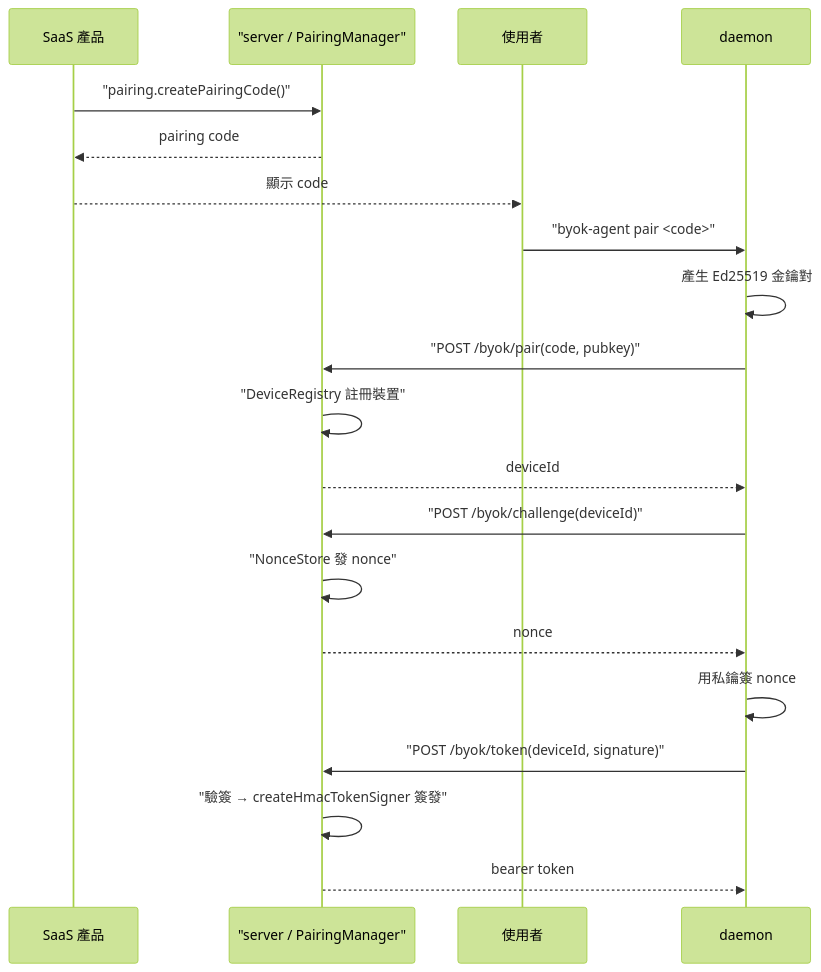
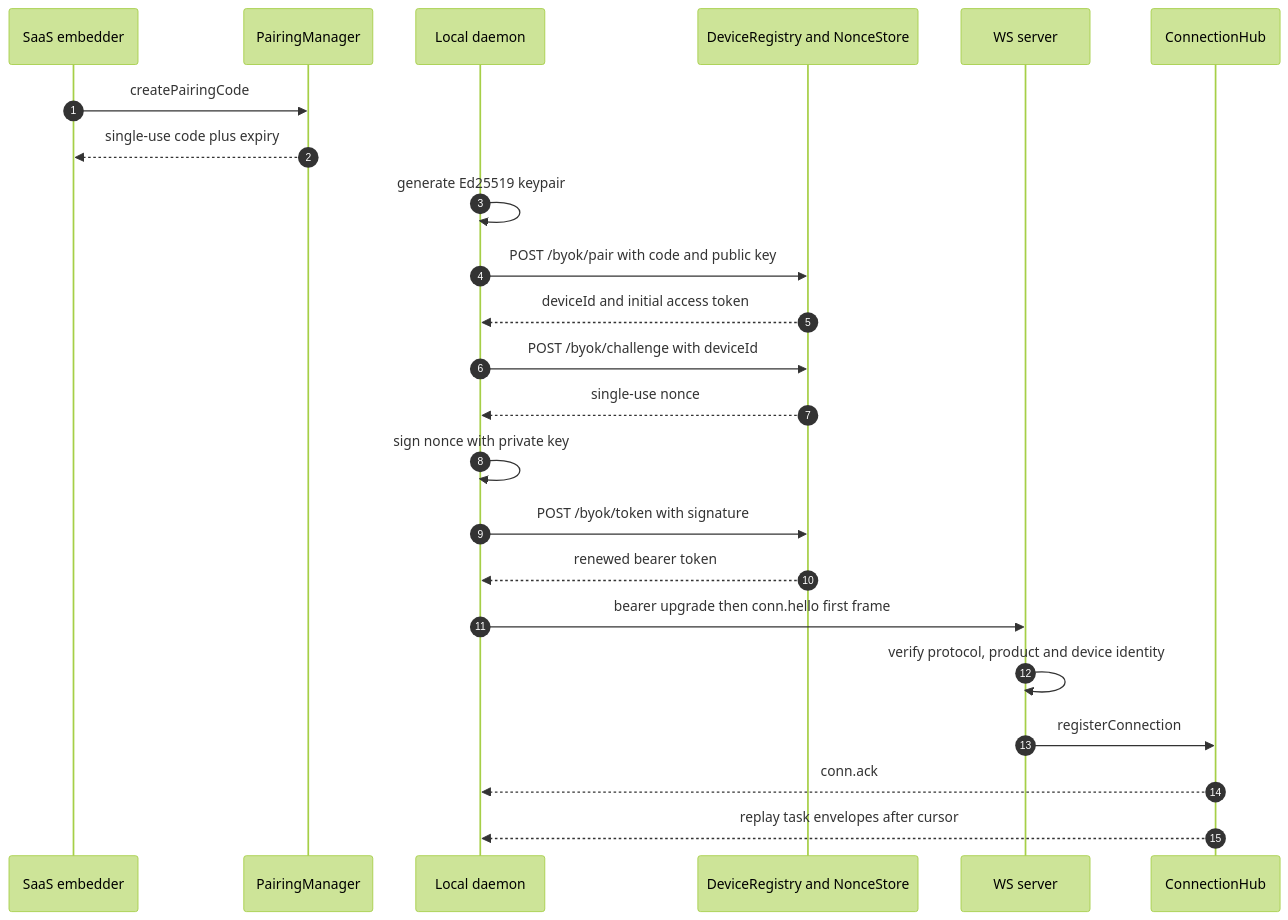
Diagram 11 of 19 in docs/architecture/sdk-architecture.md (Ancienttwo/byok-sdk), drawn with Mermaid (forest theme) before and after one commit. The commit also changed other lines of this file and 5 other files, not shown here.

````diff
--- a/docs/architecture/sdk-architecture.md
+++ b/docs/architecture/sdk-architecture.md
@@ -517,23 +629,26 @@
 ```mermaid
 sequenceDiagram
-  participant APP as SaaS 產品
-  participant HUB as "server / PairingManager"
-  participant USER as 使用者
-  participant D as daemon
+  autonumber
+  participant App as SaaS embedder
+  participant Pair as PairingManager
+  participant D as Local daemon
+  participant Auth as DeviceRegistry and NonceStore
+  participant WS as WS server
+  participant Hub as ConnectionHub
 
-  APP->>HUB: "pairing.createPairingCode()"
-  HUB-->>APP: pairing code
-  APP-->>USER: 顯示 code
-  USER->>D: "byok-agent pair <code>"
-  D->>D: 產生 Ed25519 金鑰對
-  D->>HUB: "POST /byok/pair(code, pubkey)"
-  HUB->>HUB: "DeviceRegistry 註冊裝置"
-  HUB-->>D: deviceId
-  D->>HUB: "POST /byok/challenge(deviceId)"
-  HUB->>HUB: "NonceStore 發 nonce"
-  HUB-->>D: nonce
-  D->>D: 用私鑰簽 nonce
-  D->>HUB: "POST /byok/token(deviceId, signature)"
-  HUB->>HUB: "驗簽 → createHmacTokenSigner 簽發"
-  HUB-->>D: bearer token
+  App->>Pair: createPairingCode
+  Pair-->>App: single-use code plus expiry
+  D->>D: generate Ed25519 keypair
+  D->>Auth: POST /byok/pair with code and public key
+  Auth-->>D: deviceId and initial access token
+  D->>Auth: POST /byok/challenge with deviceId
+  Auth-->>D: single-use nonce
+  D->>D: sign nonce with private key
+  D->>Auth: POST /byok/token with signature
+  Auth-->>D: renewed bearer token
+  D->>WS: bearer upgrade then conn.hello first frame
+  WS->>WS: verify protocol, product and device identity
+  WS->>Hub: registerConnection
+  Hub-->>D: conn.ack
+  Hub-->>D: replay task envelopes after cursor
 ```
````
